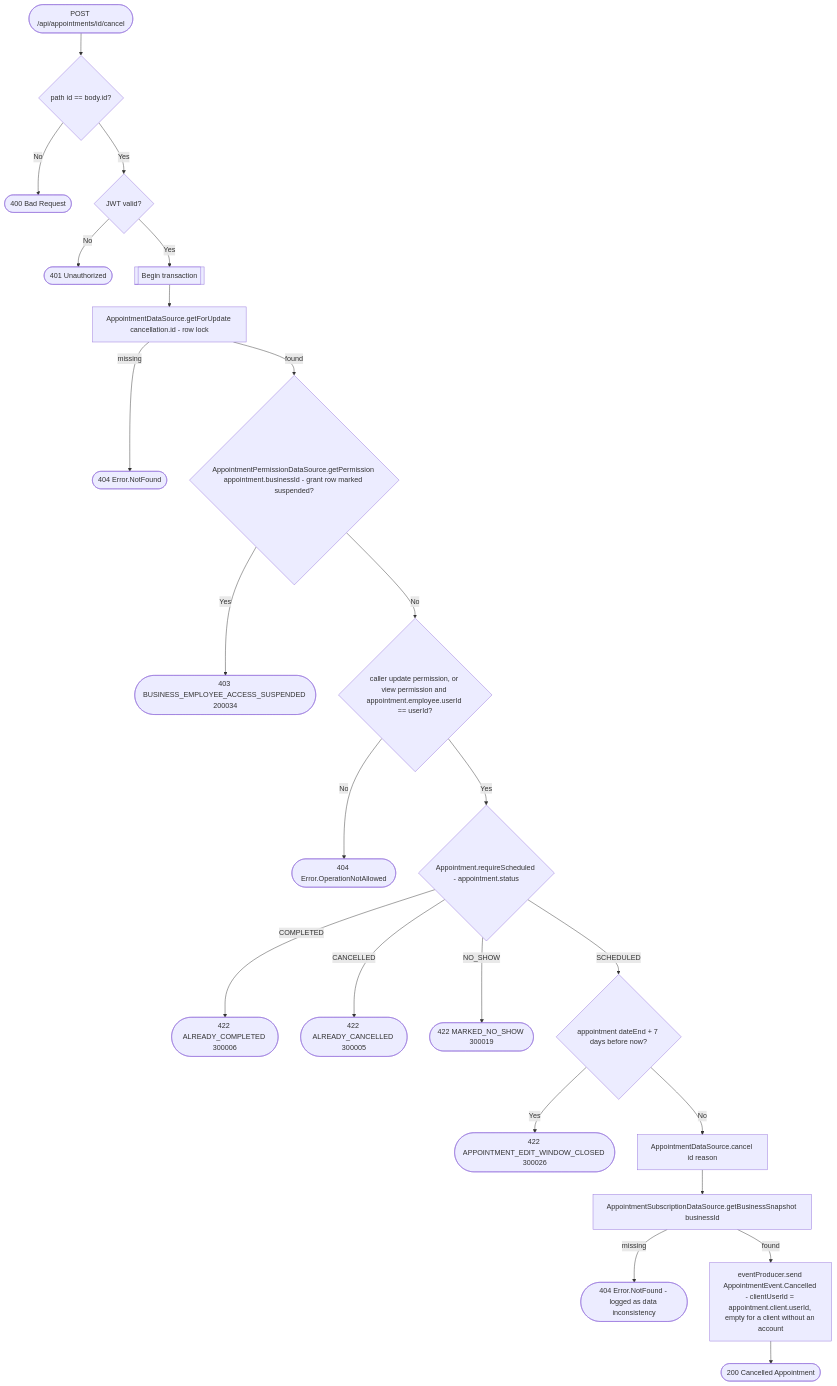
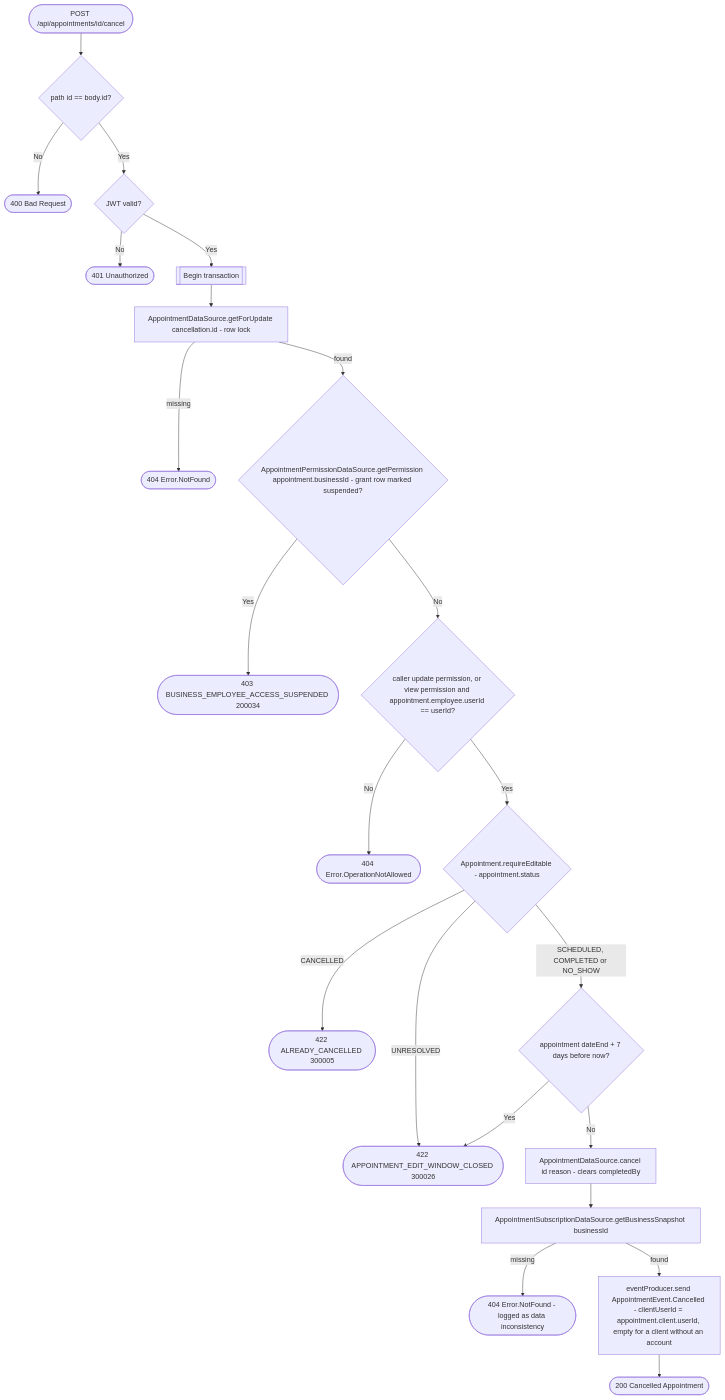
One commit to nocturneproperties/bookkme changed the diagram in docs/operations/appointments/cancel-appointment.md. Above: the diagram before and after it, drawn with Mermaid. The commit also changed other lines of this file and 31 other files, not shown here.

````diff
--- a/docs/operations/appointments/cancel-appointment.md
+++ b/docs/operations/appointments/cancel-appointment.md
@@ -14,25 +19,24 @@
 ```mermaid
 flowchart TD
     Start([POST /api/appointments/id/cancel]) --> PathCheck{path id == body.id?}
     PathCheck -- No --> R400([400 Bad Request])
     PathCheck -- Yes --> Auth{JWT valid?}
     Auth -- No --> R401([401 Unauthorized])
     Auth -- Yes --> Tx[[Begin transaction]]
     Tx --> Get[AppointmentDataSource.getForUpdate cancellation.id - row lock]
     Get -- missing --> R404n([404 Error.NotFound])
     Get -- found --> Suspended{AppointmentPermissionDataSource.getPermission appointment.businessId - grant row marked suspended?}
     Suspended -- Yes --> R403s([403 BUSINESS_EMPLOYEE_ACCESS_SUSPENDED 200034])
     Suspended -- No --> Perm{caller update permission, or view permission and appointment.employee.userId == userId?}
     Perm -- No --> R404a([404 Error.OperationNotAllowed])
-    Perm -- Yes --> Status{Appointment.requireScheduled - appointment.status}
-    Status -- COMPLETED --> R422a([422 ALREADY_COMPLETED 300006])
+    Perm -- Yes --> Status{Appointment.requireEditable - appointment.status}
     Status -- CANCELLED --> R422b([422 ALREADY_CANCELLED 300005])
-    Status -- NO_SHOW --> R422c([422 MARKED_NO_SHOW 300019])
-    Status -- SCHEDULED --> Window{appointment dateEnd + 7 days before now?}
+    Status -- UNRESOLVED --> R422w
+    Status -- SCHEDULED, COMPLETED or NO_SHOW --> Window{appointment dateEnd + 7 days before now?}
     Window -- Yes --> R422w([422 APPOINTMENT_EDIT_WINDOW_CLOSED 300026])
-    Window -- No --> Cancel[AppointmentDataSource.cancel id reason]
+    Window -- No --> Cancel[AppointmentDataSource.cancel id reason - clears completedBy]
     Cancel --> Snapshot[AppointmentSubscriptionDataSource.getBusinessSnapshot businessId]
     Snapshot -- missing --> R404b([404 Error.NotFound - logged as data inconsistency])
     Snapshot -- found --> Event["eventProducer.send AppointmentEvent.Cancelled - clientUserId = appointment.client.userId, empty for a client without an account"]
     Event --> R200([200 Cancelled Appointment])
 ```
````
